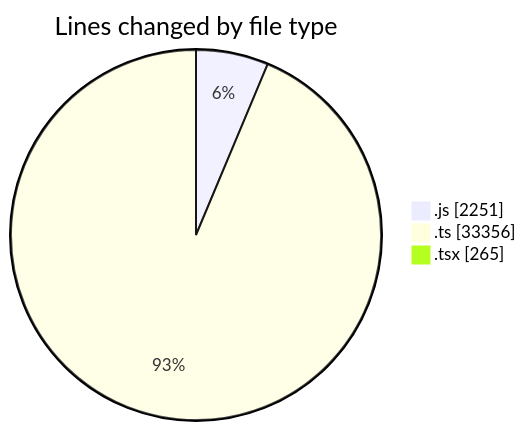
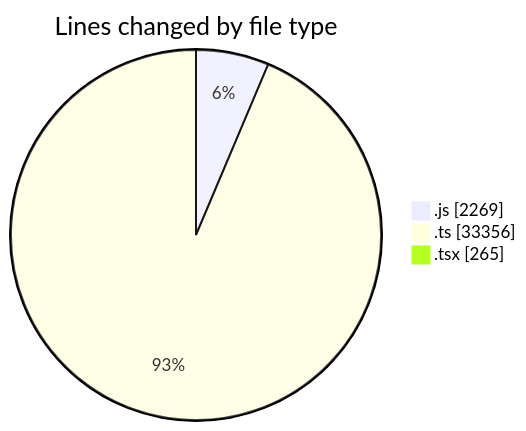
The first of 2 diagrams in 2026-02-09/cda/README.md (momahboobian/code-tracking), drawn with Mermaid before and after one commit. The commit also changed other lines of this file and 1 other file, not shown here.

````diff
--- a/2026-02-09/cda/README.md
+++ b/2026-02-09/cda/README.md
@@ -37,7 +37,7 @@
 ```mermaid
 pie showData
 title Lines changed by file type
-".js" : 2251
+".js" : 2269
 ".ts" : 33356
 ".tsx" : 265
 ```
````
